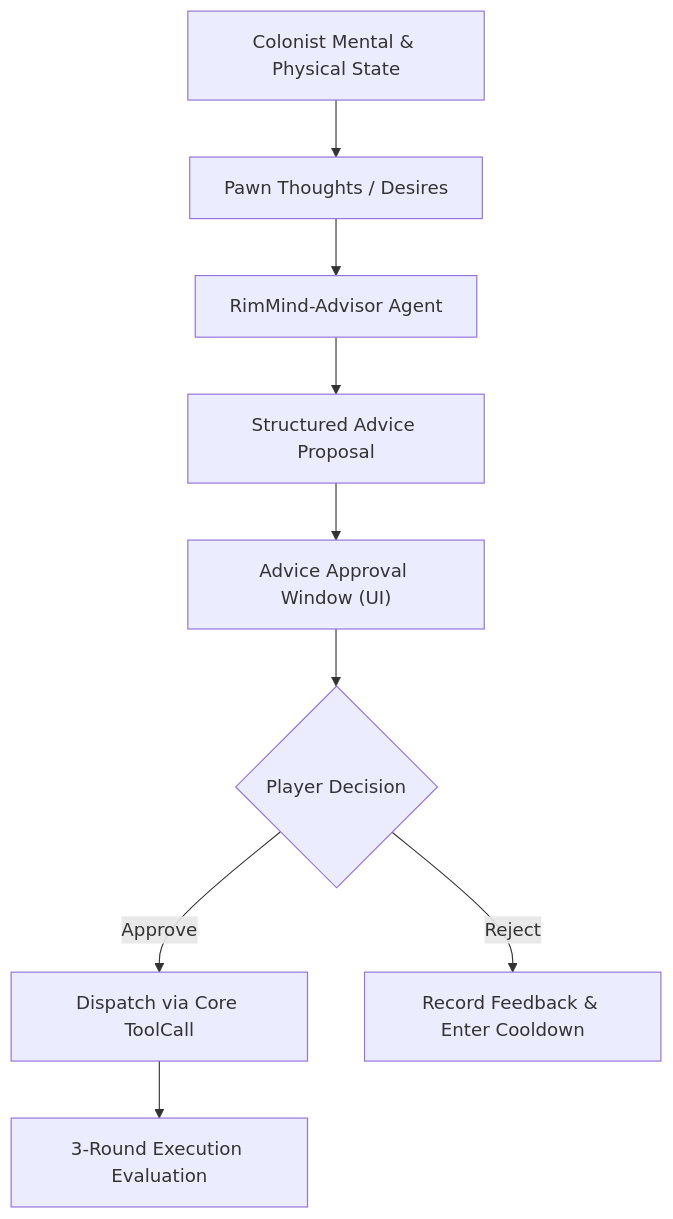
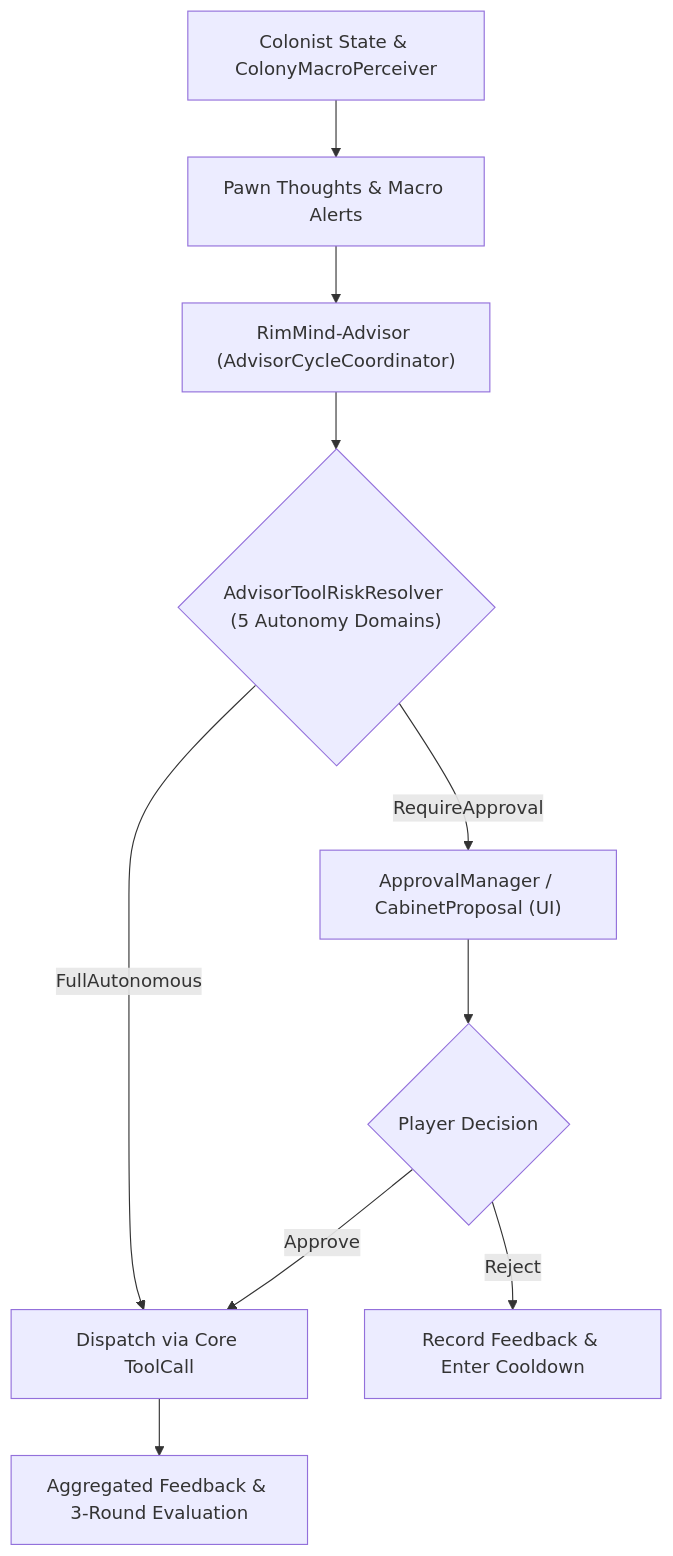
Before and after one commit to RimWorld-RimMind-Mod/RimWorld-RimMind-Mod-Advisor: the diagram in README.md, drawn with Mermaid. The commit also changed other lines of this file and 16 other files, not shown here.

First line of the commit message:
fix(advisor): autonomy-aware risk resolution, anti-spoofing guard, and cabinet callbacks (#19)

````diff
--- a/README.md
+++ b/README.md
@@ -41,11 +42,12 @@
 ```mermaid
 flowchart TD
-    Pawn["Colonist Mental & Physical State"] --> Thought["Pawn Thoughts / Desires"]
-    Thought --> Advisor["RimMind-Advisor Agent"]
-    Advisor --> Proposal["Structured Advice Proposal"]
-    Proposal --> Overlay["Advice Approval Window (UI)"]
+    Pawn["Colonist State & ColonyMacroPerceiver"] --> Thought["Pawn Thoughts & Macro Alerts"]
+    Thought --> Advisor["RimMind-Advisor (AdvisorCycleCoordinator)"]
+    Advisor --> Policy{"AdvisorToolRiskResolver (5 Autonomy Domains)"}
+    Policy -- FullAutonomous --> Execute["Dispatch via Core ToolCall"]
+    Policy -- RequireApproval --> Overlay["ApprovalManager / CabinetProposal (UI)"]
     Overlay --> Decision{"Player Decision"}
-    Decision -- Approve --> Execute["Dispatch via Core ToolCall"]
+    Decision -- Approve --> Execute
     Decision -- Reject --> Cooldown["Record Feedback & Enter Cooldown"]
-    Execute --> Feedback["3-Round Execution Evaluation"]
+    Execute --> Feedback["Aggregated Feedback & 3-Round Evaluation"]
 ```
````
